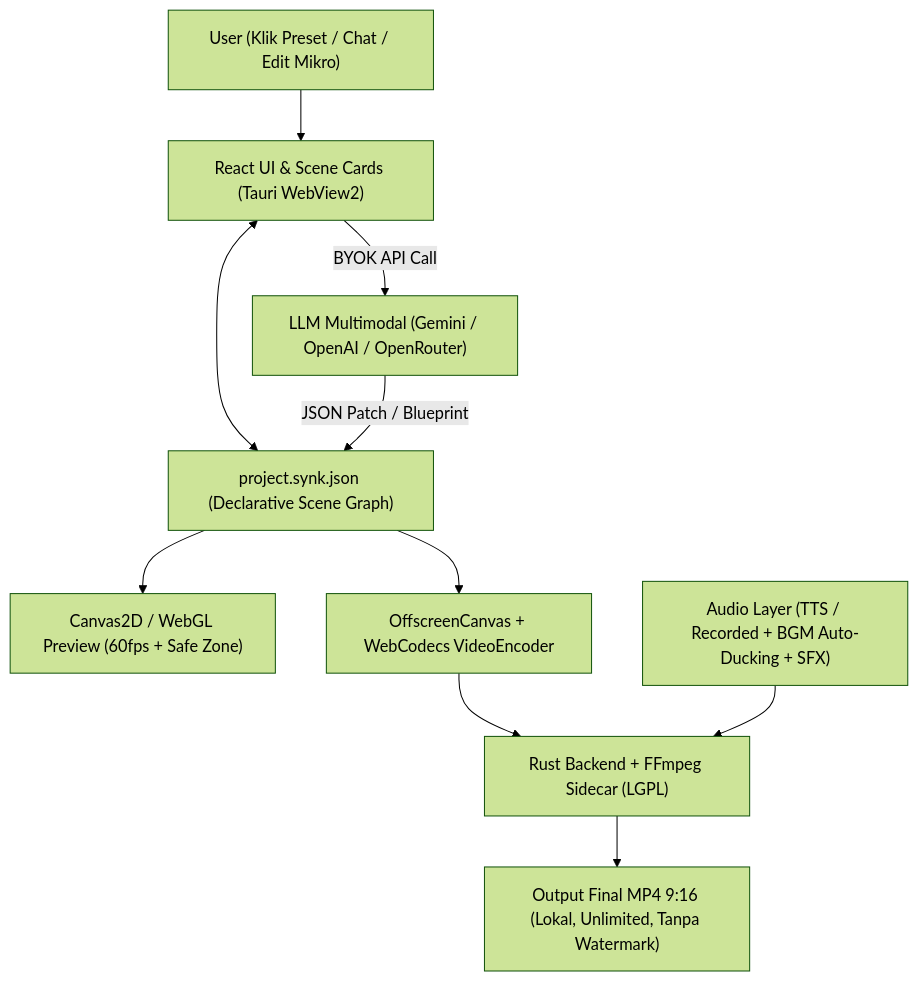
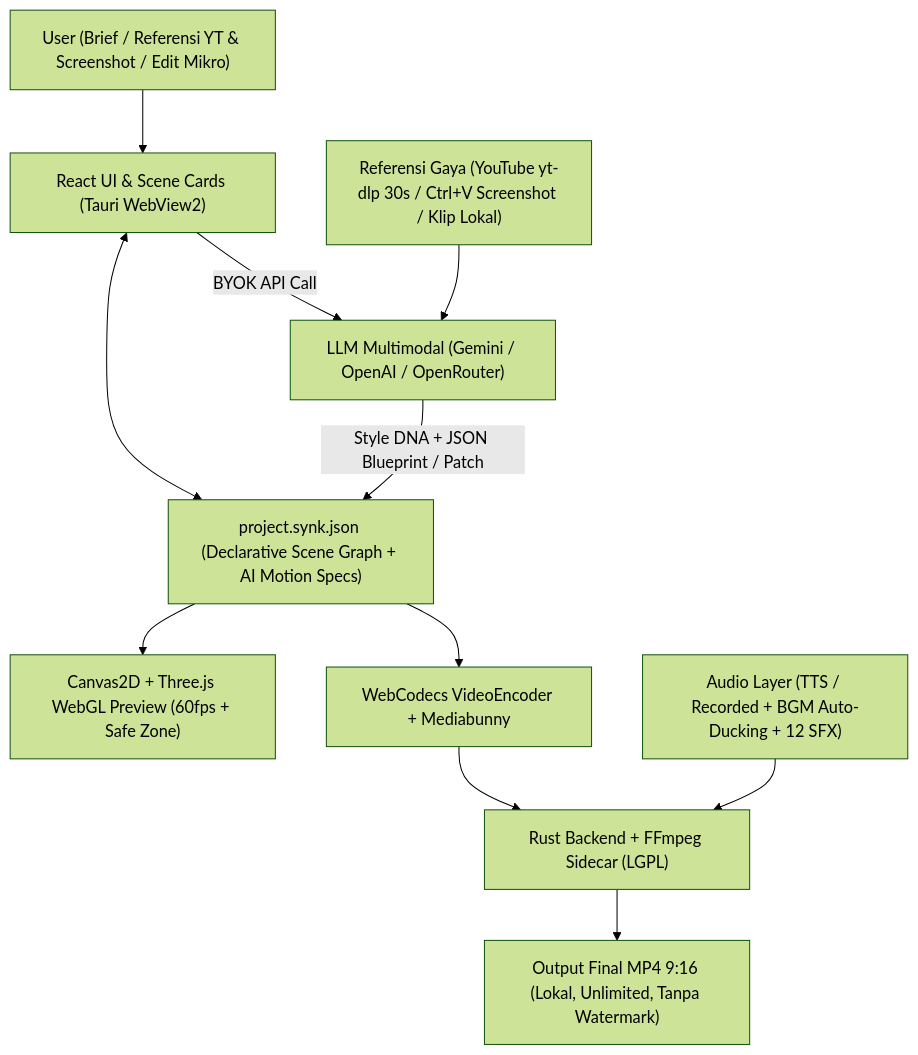
Before and after one commit to adityafakhrii/synkcut: the diagram in .docs/PRD.md, drawn with Mermaid (forest theme). The commit also changed other lines of this file and 3 other files, not shown here.

Commit message:
docs(v1.1): lock Hybrid AI Motion Video (5 engines) and YouTube/Screenshot style reference PRD

````diff
--- a/.docs/PRD.md
+++ b/.docs/PRD.md
@@ -45,12 +49,13 @@
 ```mermaid
 flowchart TD
-    User["User (Klik Preset / Chat / Edit Mikro)"] --> UI["React UI & Scene Cards (Tauri WebView2)"]
-    UI <--> JSON["project.synk.json (Declarative Scene Graph)"]
+    User["User (Brief / Referensi YT & Screenshot / Edit Mikro)"] --> UI["React UI & Scene Cards (Tauri WebView2)"]
+    Ref["Referensi Gaya (YouTube yt-dlp 30s / Ctrl+V Screenshot / Klip Lokal)"] --> AI
+    UI <--> JSON["project.synk.json (Declarative Scene Graph + AI Motion Specs)"]
     UI -->|BYOK API Call| AI["LLM Multimodal (Gemini / OpenAI / OpenRouter)"]
-    AI -->|JSON Patch / Blueprint| JSON
-    JSON --> Preview["Canvas2D / WebGL Preview (60fps + Safe Zone)"]
-    JSON --> Export["OffscreenCanvas + WebCodecs VideoEncoder"]
+    AI -->|Style DNA + JSON Blueprint / Patch| JSON
+    JSON --> Preview["Canvas2D + Three.js WebGL Preview (60fps + Safe Zone)"]
+    JSON --> Export["WebCodecs VideoEncoder + Mediabunny"]
     Export --> Mux["Rust Backend + FFmpeg Sidecar (LGPL)"]
-    Audio["Audio Layer (TTS / Recorded + BGM Auto-Ducking + SFX)"] --> Mux
+    Audio["Audio Layer (TTS / Recorded + BGM Auto-Ducking + 12 SFX)"] --> Mux
     Mux --> MP4["Output Final MP4 9:16 (Lokal, Unlimited, Tanpa Watermark)"]
 ```
````
